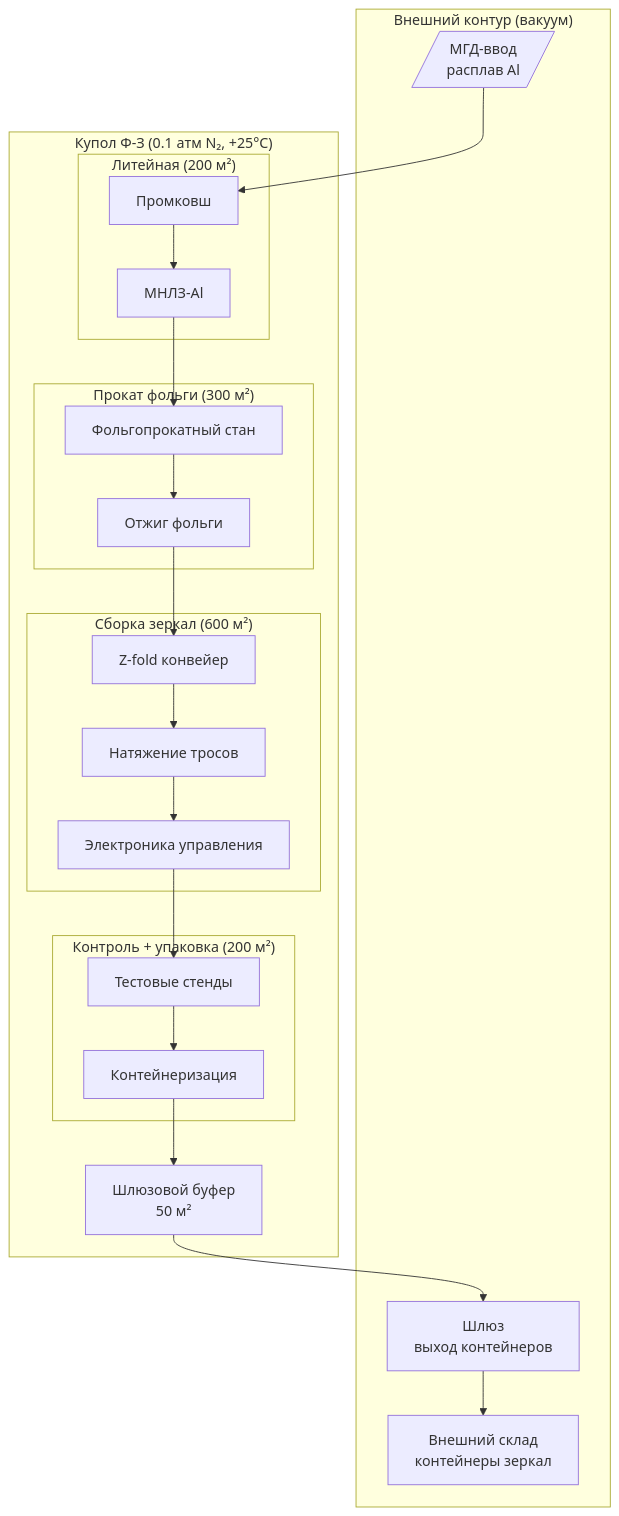
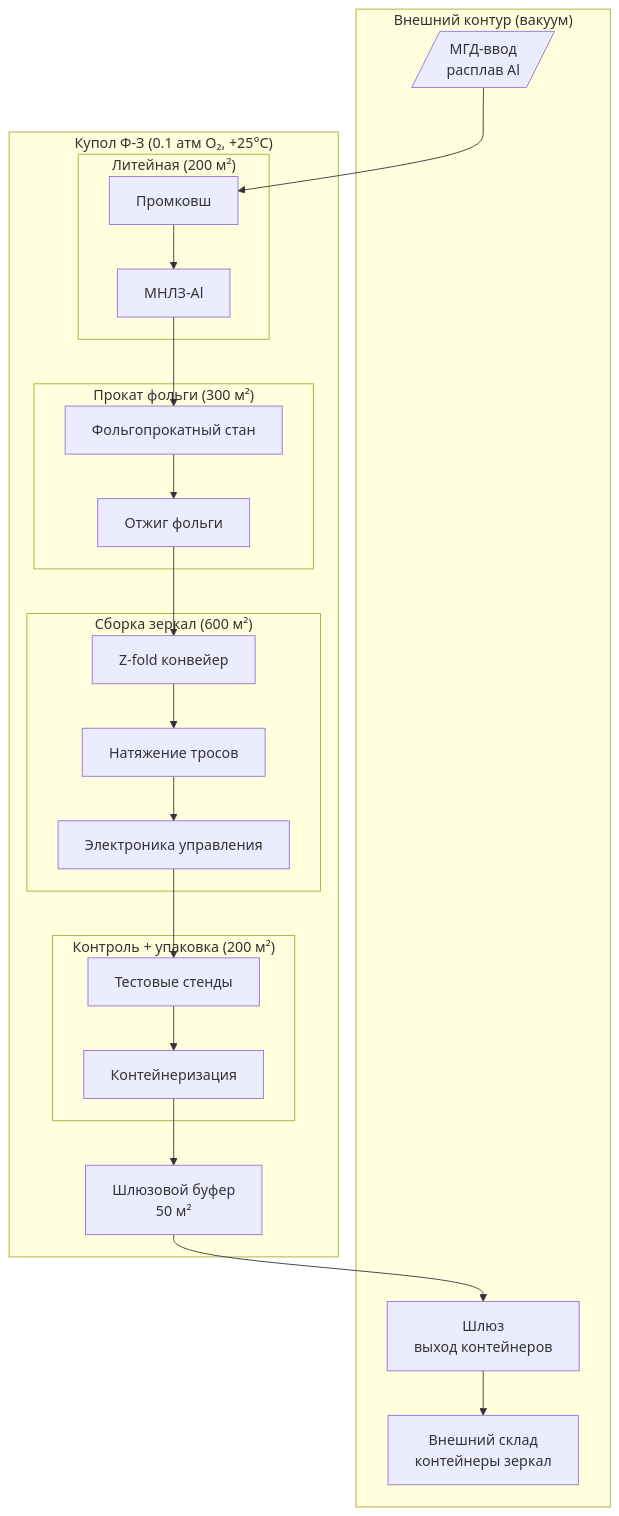
The second of 3 diagrams in ru/science/detailed/production/factories/overview.qmd (DmitryNasikanov/infinite-energy), drawn with Mermaid before and after one commit. The commit also changed other lines of this file and 71 other files, not shown here.

````diff
--- a/ru/science/detailed/production/factories/overview.qmd
+++ b/ru/science/detailed/production/factories/overview.qmd
@@ -164,39 +164,39 @@
 ```{mermaid}
 flowchart TD
     subgraph EXTERNAL["Внешний контур (вакуум)"]
         MHD[/"МГД-ввод<br/>расплав Al"/]
         LOCK["Шлюз<br/>выход контейнеров"]
         STORAGE["Внешний склад<br/>контейнеры зеркал"]
     end
 
-    subgraph DOME["Купол Ф-З (0.1 атм N₂, +25°C)"]
+    subgraph DOME["Купол Ф-З (0.1 атм O₂, +25°C)"]
         subgraph CASTING["Литейная (200 м²)"]
             TUNDISH["Промковш"]
             MNLZ["МНЛЗ-Al"]
         end
 
         subgraph FOIL["Прокат фольги (300 м²)"]
             ROLL_F["Фольгопрокатный стан"]
             ANNEAL["Отжиг фольги"]
         end
 
         subgraph ASSEMBLY["Сборка зеркал (600 м²)"]
             ZFOLD["Z-fold конвейер"]
             TENSION["Натяжение тросов"]
             ELECTRO["Электроника управления"]
         end
 
         subgraph QC["Контроль + упаковка (200 м²)"]
             TEST["Тестовые стенды"]
             PACK["Контейнеризация"]
         end
 
         BUFFER["Шлюзовой буфер<br/>50 м²"]
     end
 
     MHD --> TUNDISH --> MNLZ
     MNLZ --> ROLL_F --> ANNEAL
     ANNEAL --> ZFOLD --> TENSION --> ELECTRO
     ELECTRO --> TEST --> PACK --> BUFFER --> LOCK
     LOCK --> STORAGE
 ```
````
